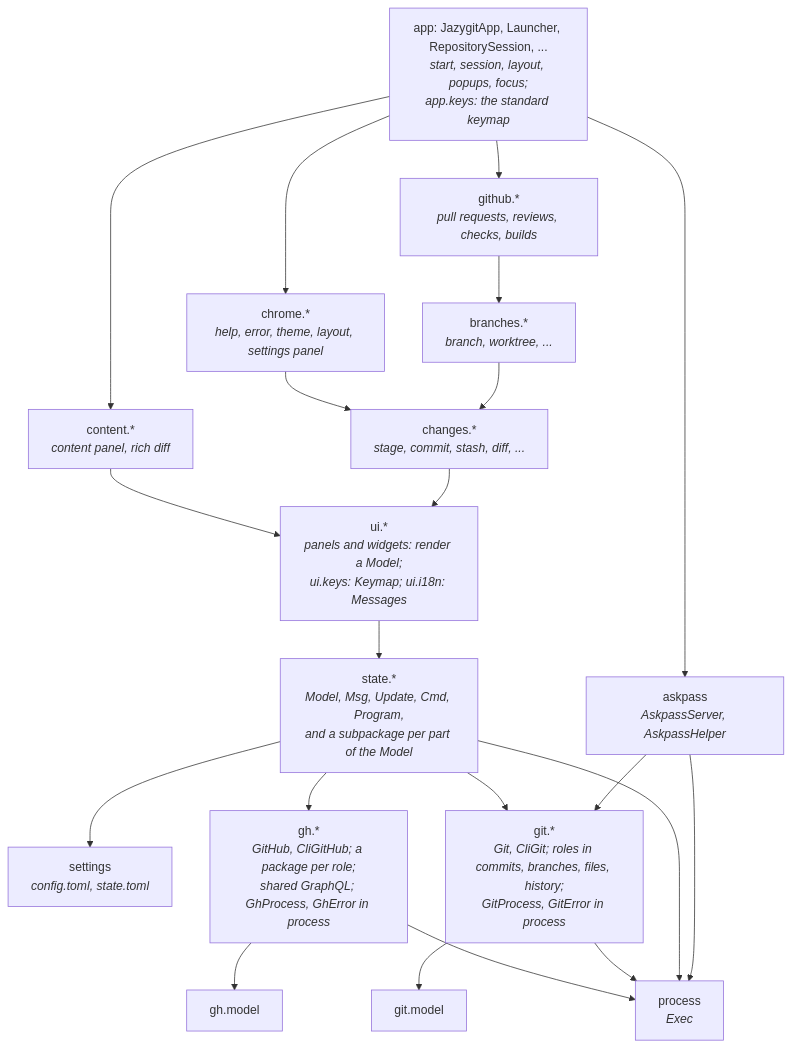
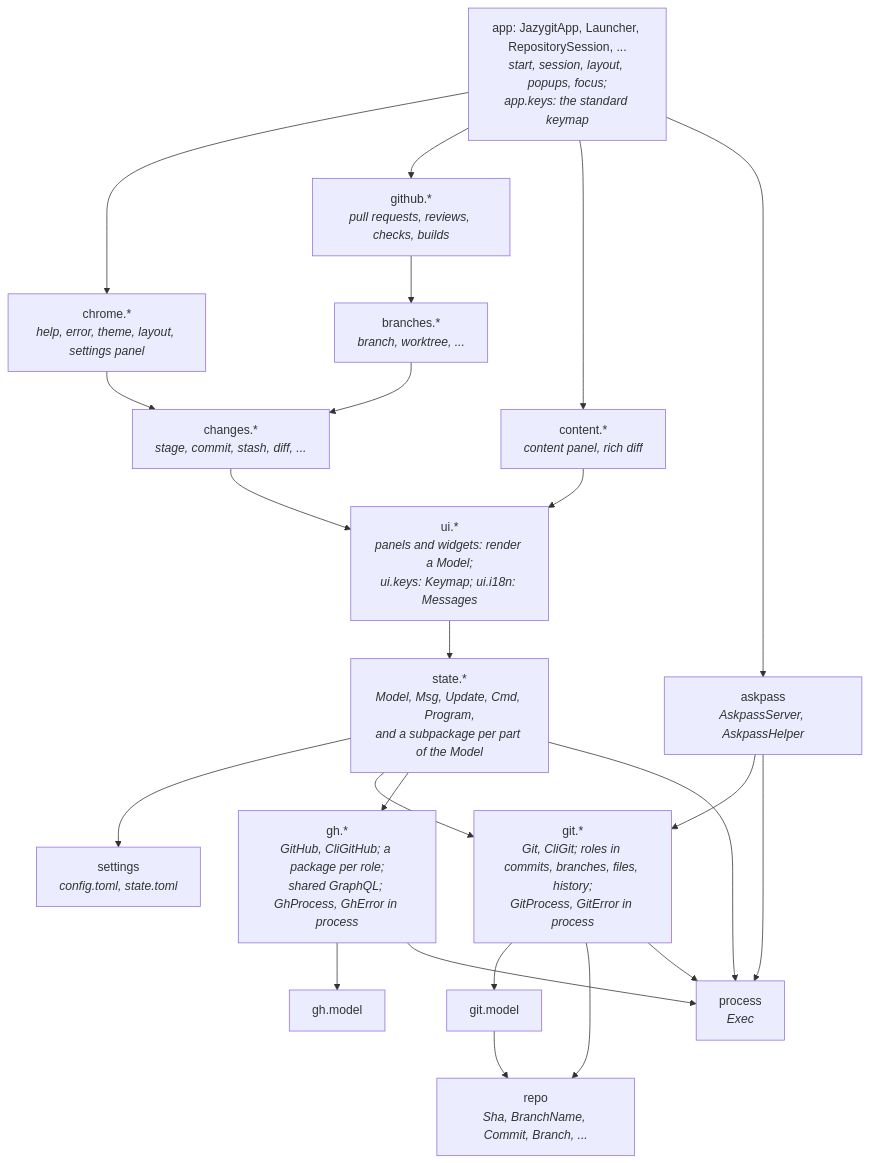
Before and after one commit to cvanfleteren/jazygit: the first of 4 diagrams in ARCHITECTURE.md, drawn with Mermaid. The commit also changed other lines of this file and 645 other files, not shown here.

````diff
--- a/ARCHITECTURE.md
+++ b/ARCHITECTURE.md
@@ -72,39 +73,42 @@
 ```mermaid
 graph TD
     App["app: JazygitApp, Launcher, RepositorySession, ...<br/><i>start, session, layout, popups, focus;<br/>app.keys: the standard keymap</i>"]
     Chrome["chrome.*<br/><i>help, error, theme, layout, settings panel</i>"]
     Github["github.*<br/><i>pull requests, reviews, checks, builds</i>"]
     Branches["branches.*<br/><i>branch, worktree, ...</i>"]
     Changes["changes.*<br/><i>stage, commit, stash, diff, ...</i>"]
     Content["content.*<br/><i>content panel, rich diff</i>"]
     UI["ui.*<br/><i>panels and widgets: render a Model;<br/>ui.keys: Keymap; ui.i18n: Messages</i>"]
     State["state.*<br/><i>Model, Msg, Update, Cmd, Program,<br/>and a subpackage per part of the Model</i>"]
     Settings["settings<br/><i>config.toml, state.toml</i>"]
     Git["git.*<br/><i>Git, CliGit; roles in commits, branches, files, history;<br/>GitProcess, GitError in process</i>"]
     GitModel["git.model"]
+    Repo["repo<br/><i>Sha, BranchName, Commit, Branch, ...</i>"]
     Gh["gh.*<br/><i>GitHub, CliGitHub; a package per role;<br/>shared GraphQL; GhProcess, GhError in process</i>"]
     GhModel["gh.model"]
     Process["process<br/><i>Exec</i>"]
     Askpass["askpass<br/><i>AskpassServer, AskpassHelper</i>"]
 
     App --> Chrome
     App --> Github
     Github --> Branches
     Branches --> Changes
     Chrome --> Changes
     Changes --> UI
     App --> Content
     App --> Askpass
     Askpass --> Git
     Askpass --> Process
     Content --> UI
     UI --> State
     State --> Settings
     State --> Git
     State --> Gh
     State --> Process
     Git --> GitModel
+    Git --> Repo
+    GitModel --> Repo
     Gh --> GhModel
     Git --> Process
     Gh --> Process
 ```
````
